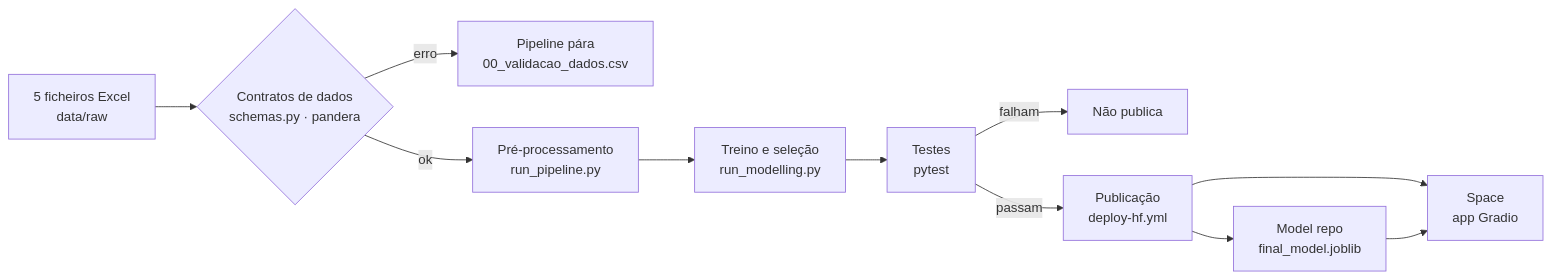
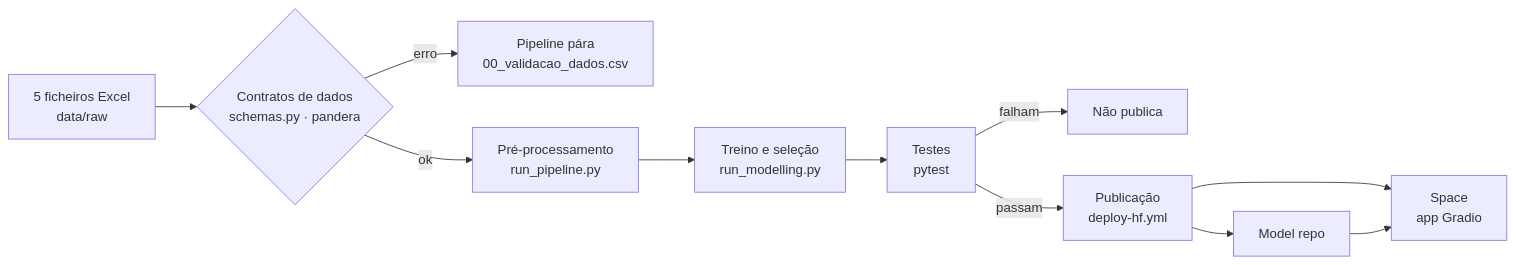
One commit to j3grave/Bootcamp changed the diagram in telco-churn-retention/README.md. Above: the diagram before and after it, drawn with Mermaid. The commit also changed other lines of this file and 11 other files, not shown here.

````diff
--- a/telco-churn-retention/README.md
+++ b/telco-churn-retention/README.md
@@ -18,13 +21,13 @@
 ```mermaid
 flowchart LR
     A[5 ficheiros Excel<br/>data/raw] --> B{Contratos de dados<br/>schemas.py · pandera}
     B -- erro --> X[Pipeline pára<br/>00_validacao_dados.csv]
     B -- ok --> C[Pré-processamento<br/>run_pipeline.py]
     C --> D[Treino e seleção<br/>run_modelling.py]
     D --> E[Testes<br/>pytest]
     E -- falham --> Y[Não publica]
     E -- passam --> F[Publicação<br/>deploy-hf.yml]
-    F --> G[Model repo<br/>final_model.joblib]
+    F --> G[Model repo]
     F --> H[Space<br/>app Gradio]
     G --> H
 ```
````
